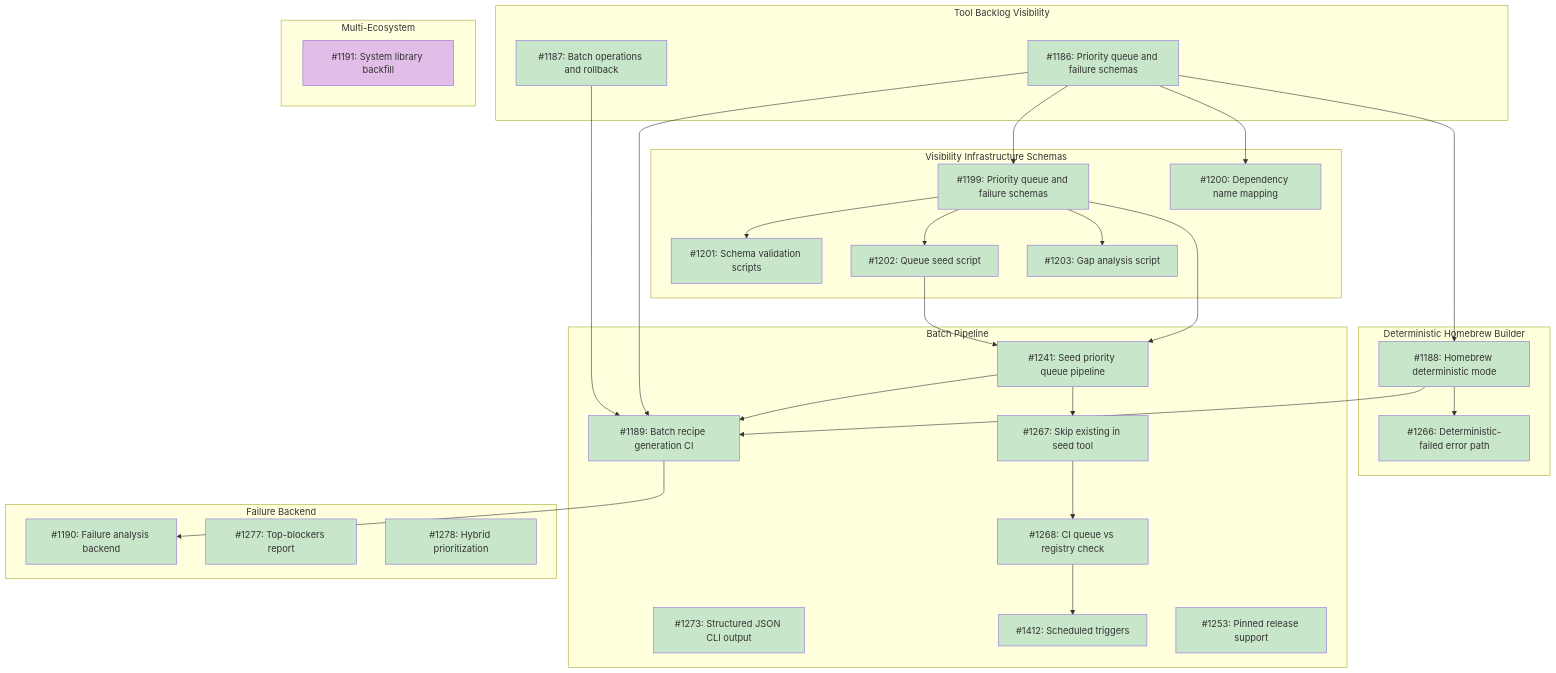
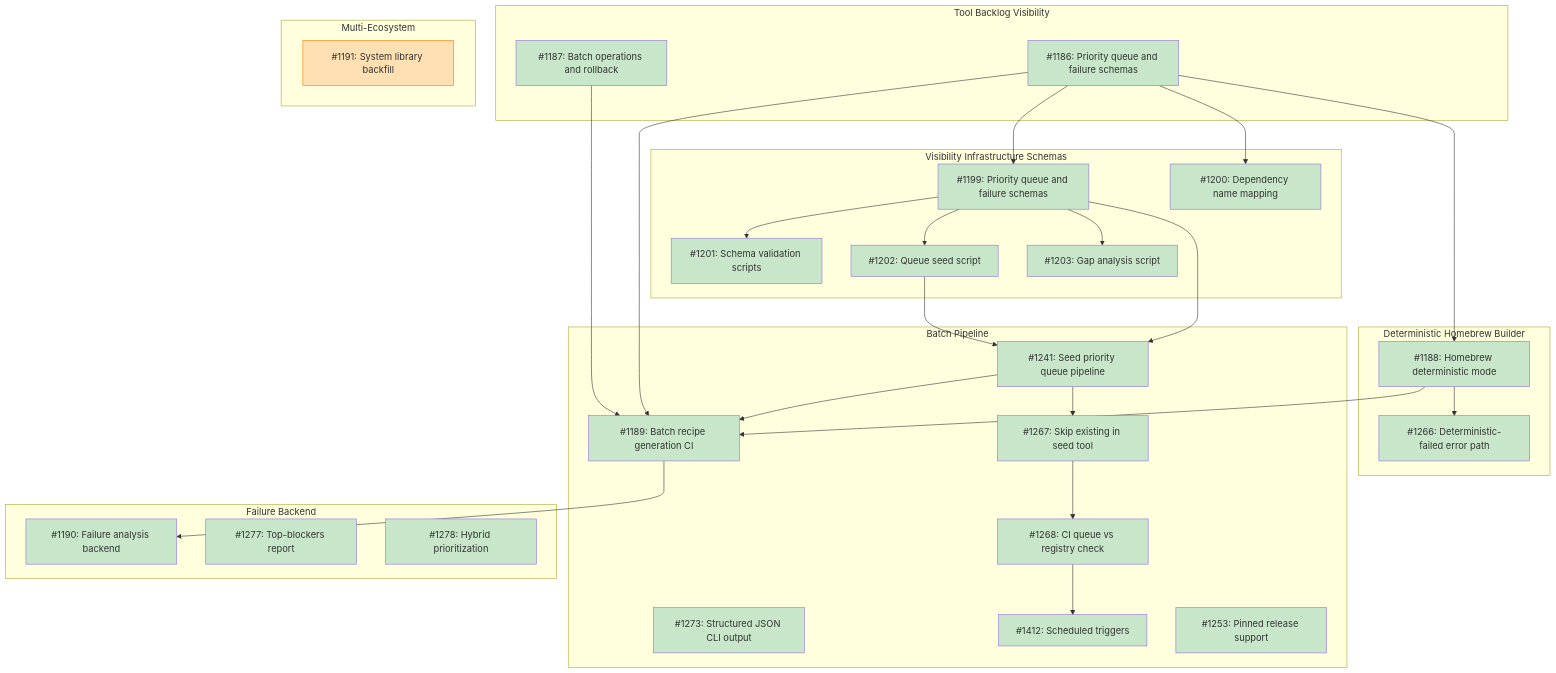
The diagram in docs/designs/DESIGN-registry-scale-strategy.md (tsukumogami/tsuku), drawn with Mermaid before and after one commit. The commit also changed other lines of this file and 1 other file, not shown here.

First line of the commit message:
chore: accept system library backfill design

````diff
--- a/docs/designs/DESIGN-registry-scale-strategy.md
+++ b/docs/designs/DESIGN-registry-scale-strategy.md
@@ -135,6 +136,7 @@
     classDef ready fill:#bbdefb
     classDef blocked fill:#fff9c4
     classDef needsDesign fill:#e1bee7
+    classDef tracksDesign fill:#FFE0B2,stroke:#F57C00
 
     class I1186,I1187 done
     class I1200 done
@@ -154,5 +156,5 @@
     class I1190 done
     class I1277 done
     class I1278 done
-    class I1191 needsDesign
+    class I1191 tracksDesign
 ```
````
